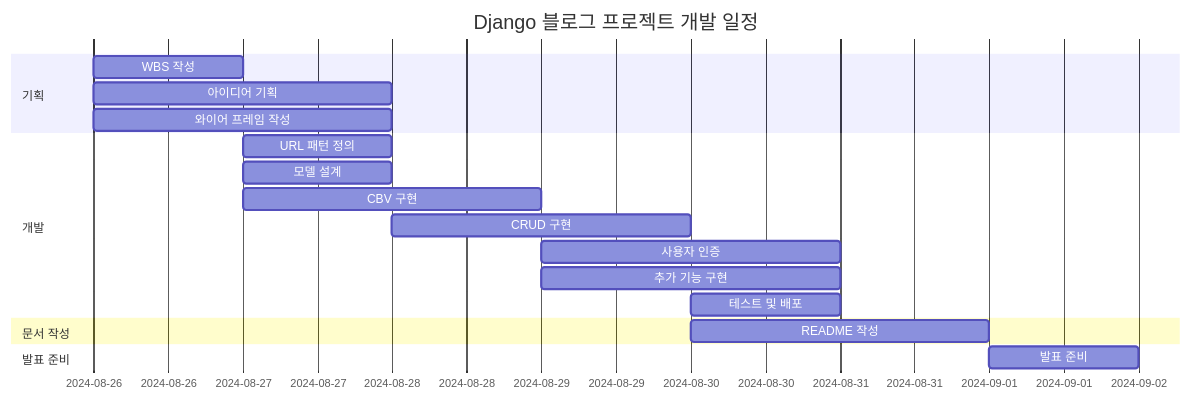
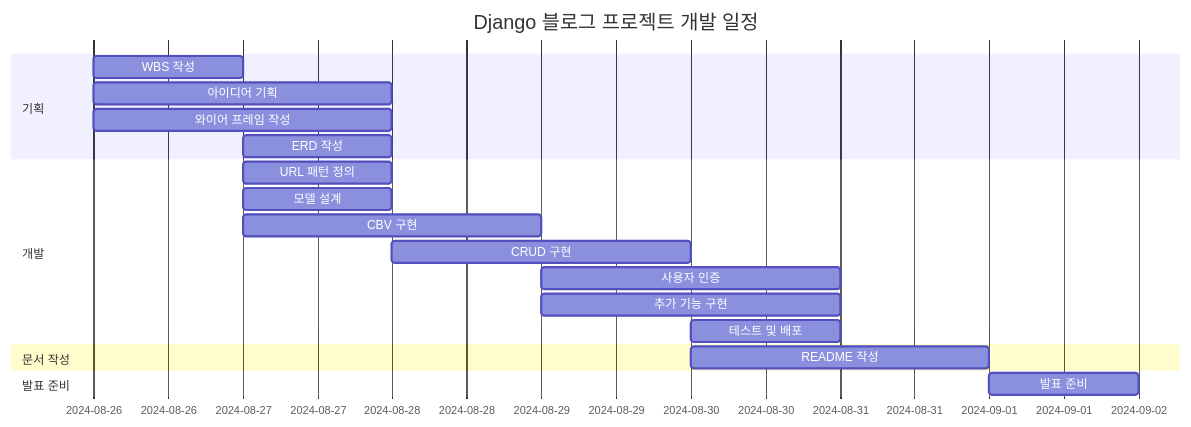
Before and after one commit to lwj0712/DjangoBlog: the first of 2 diagrams in README.md, drawn with Mermaid.

Commit message:
📝 Update README.md

````diff
--- a/README.md
+++ b/README.md
@@ -3,25 +3,26 @@
 ```mermaid
 gantt
     title Django 블로그 프로젝트 개발 일정
     dateFormat  YYYY-MM-DD
 
     section 기획
     WBS 작성 :2024-08-26, 1d
     아이디어 기획 :2024-08-26, 2d
     와이어 프레임 작성 :2024-08-26, 2d
+    ERD 작성 :2024-08-27, 1d
 
     section 개발
     URL 패턴 정의 :2024-08-27, 1d
     모델 설계 :2024-08-27, 1d
     CBV 구현 :2024-08-27, 2d
     CRUD 구현 :2024-08-28, 2d
     사용자 인증 :2024-08-29, 2d
     추가 기능 구현 :2024-08-29, 2d
     테스트 및 배포:2024-08-30, 1d
 
     section 문서 작성
     README 작성 :2024-08-30, 2d
 
     section 발표 준비
     발표 준비 :2024-09-01, 1d
 ```
````
